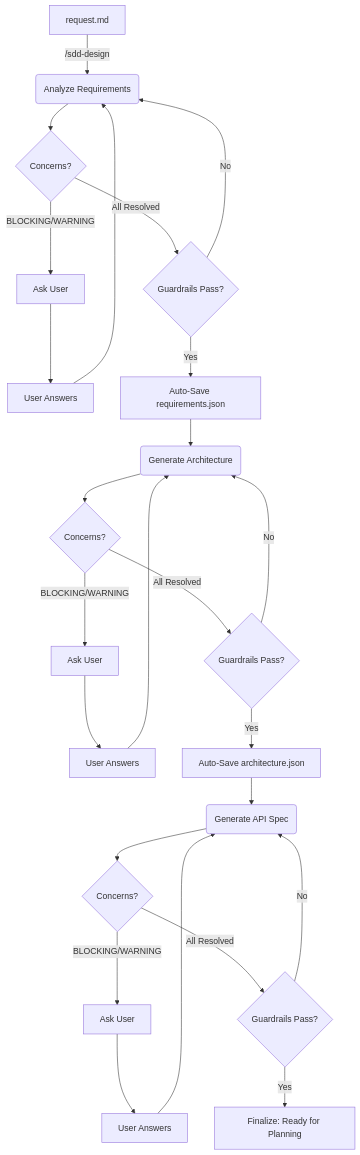
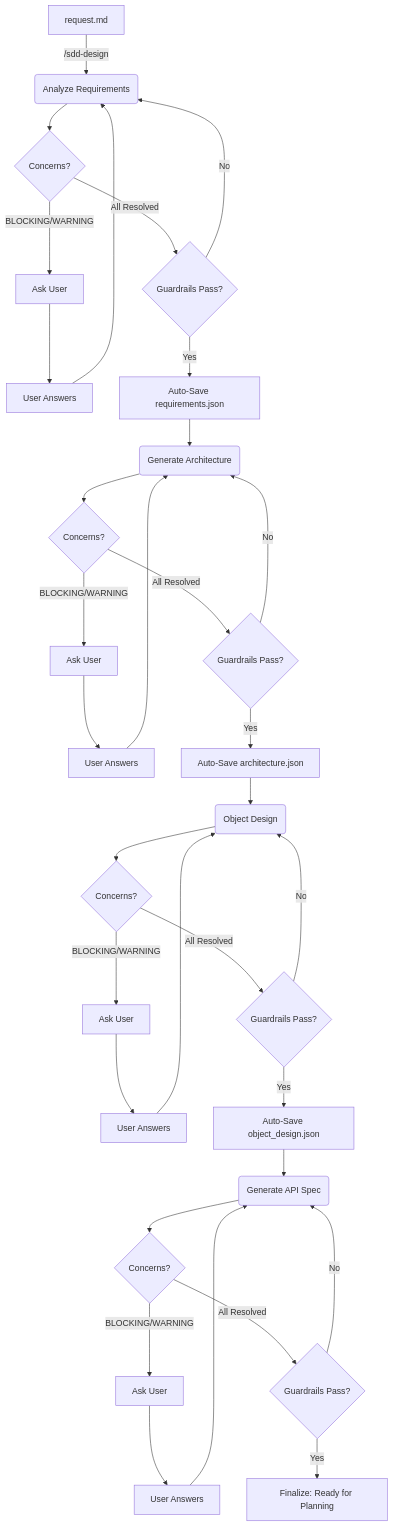
The diagram in skills/sdd-design-engine/SKILL.md (leoheart0125/sdd-skills), drawn with Mermaid before and after one commit. The commit also changed other lines of this file and 11 other files, not shown here.

````diff
--- a/skills/sdd-design-engine/SKILL.md
+++ b/skills/sdd-design-engine/SKILL.md
@@ -159,27 +173,35 @@
 ```mermaid
 graph TD
     A[request.md] -->|/sdd-design| B(Analyze Requirements)
     B --> B1{Concerns?}
     B1 -->|BLOCKING/WARNING| B2[Ask User]
     B2 --> B3[User Answers]
     B3 --> B
     B1 -->|All Resolved| C{Guardrails Pass?}
     C -->|No| B
     C -->|Yes| D[Auto-Save requirements.json]
     D --> E(Generate Architecture)
     E --> E1{Concerns?}
     E1 -->|BLOCKING/WARNING| E2[Ask User]
     E2 --> E3[User Answers]
     E3 --> E
     E1 -->|All Resolved| F{Guardrails Pass?}
     F -->|No| E
     F -->|Yes| G[Auto-Save architecture.json]
-    G --> H(Generate API Spec)
+    G --> OD(Object Design)
+    OD --> OD1{Concerns?}
+    OD1 -->|BLOCKING/WARNING| OD2[Ask User]
+    OD2 --> OD3[User Answers]
+    OD3 --> OD
+    OD1 -->|All Resolved| ODF{Guardrails Pass?}
+    ODF -->|No| OD
+    ODF -->|Yes| ODG[Auto-Save object_design.json]
+    ODG --> H(Generate API Spec)
     H --> H1{Concerns?}
     H1 -->|BLOCKING/WARNING| H2[Ask User]
     H2 --> H3[User Answers]
     H3 --> H
     H1 -->|All Resolved| I{Guardrails Pass?}
     I -->|No| H
     I -->|Yes| J[Finalize: Ready for Planning]
 ```
````
